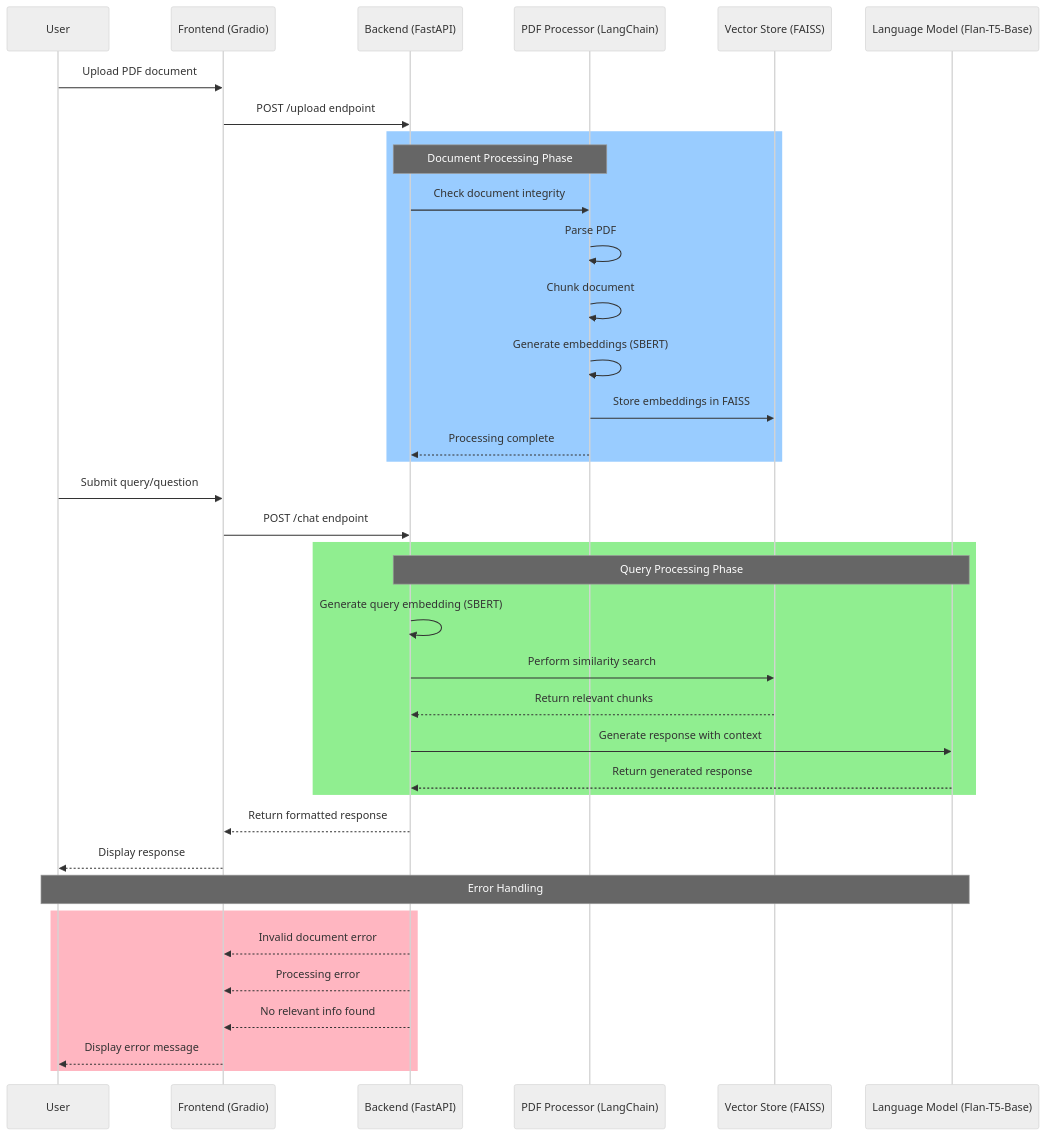
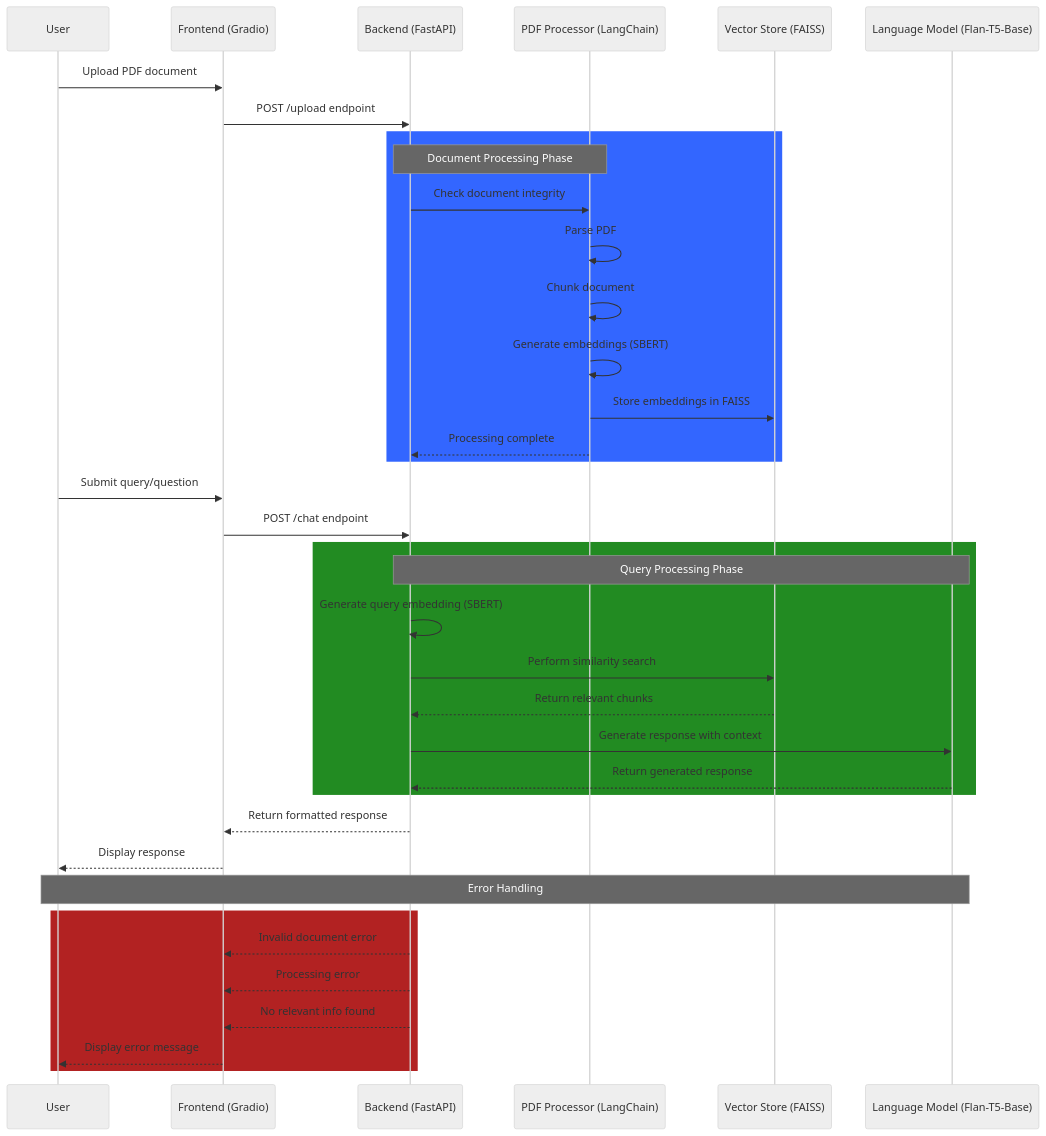
Before and after one commit to DHMahdi/RAG-Chatbot: the diagram in README.md, drawn with Mermaid (neutral theme). The commit also changed other lines of this file, not shown here.

````diff
--- a/README.md
+++ b/README.md
@@ -7,45 +7,45 @@
 ```mermaid
 sequenceDiagram
     participant U as User
     participant FE as Frontend (Gradio)
     participant BE as Backend (FastAPI)
     participant PP as PDF Processor (LangChain)
     participant VS as Vector Store (FAISS)
     participant LLM as Language Model (Flan-T5-Base)
 
     U->>FE: Upload PDF document
     FE->>BE: POST /upload endpoint
     
-    rect rgb(153, 204, 255)
+    rect rgb(51, 102, 255)
         Note over BE,PP: Document Processing Phase
         BE->>PP: Check document integrity
         PP->>PP: Parse PDF
         PP->>PP: Chunk document
         PP->>PP: Generate embeddings (SBERT)
         PP->>VS: Store embeddings in FAISS
         PP-->>BE: Processing complete
     end
 
     U->>FE: Submit query/question
     FE->>BE: POST /chat endpoint
     
-    rect rgb(144, 238, 144)
+    rect rgb(34, 139, 34)
         Note over BE,LLM: Query Processing Phase
         BE->>BE: Generate query embedding (SBERT)
         BE->>VS: Perform similarity search
         VS-->>BE: Return relevant chunks
         BE->>LLM: Generate response with context
         LLM-->>BE: Return generated response
     end
     
     BE-->>FE: Return formatted response
     FE-->>U: Display response
 
     Note over U,LLM: Error Handling
-    rect rgb(255, 182, 193)
+    rect rgb(178, 34, 34)
         BE-->>FE: Invalid document error
         BE-->>FE: Processing error
         BE-->>FE: No relevant info found
         FE-->>U: Display error message
     end
 ```
````
